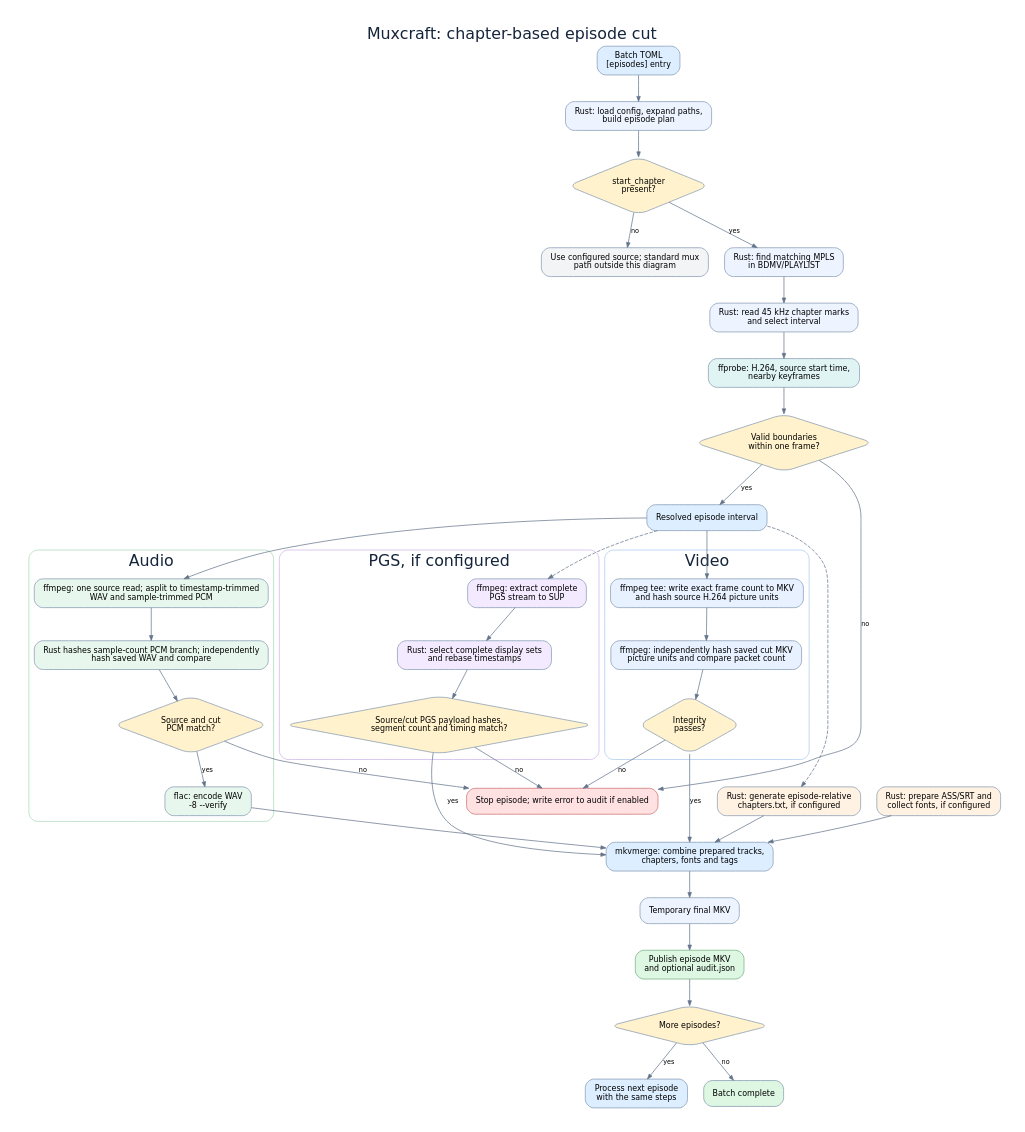
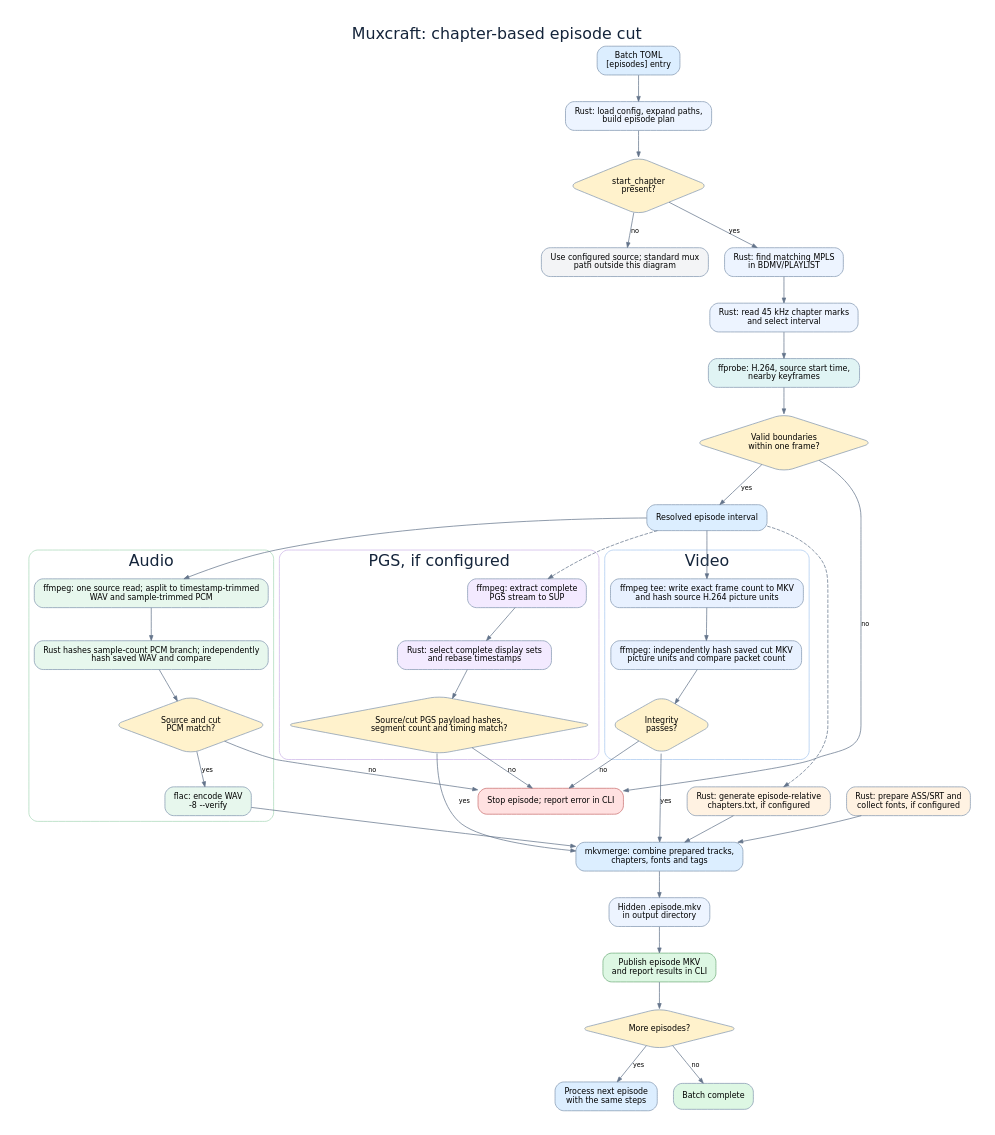
Before and after one commit to IncYami/muxcraft: the diagram in docs/chapter-cut-flow.dot, drawn with Graphviz. The commit also changed 20 other files, not shown here.

Commit message:
Report mux activity in CLI without audit files

```diff
--- a/docs/chapter-cut-flow.dot
+++ b/docs/chapter-cut-flow.dot
@@ -1,71 +1,71 @@
 digraph ChapterCutFlow {
   graph [rankdir=TB, bgcolor="white", pad="0.35", nodesep="0.3", ranksep="0.48", fontname="DejaVu Sans", label="Muxcraft: chapter-based episode cut", labelloc=t, fontsize=22, fontcolor="#14243a"];
   node [shape=box, style="rounded,filled", fillcolor="#edf4ff", color="#8297b0", fontname="DejaVu Sans", fontsize=11, margin="0.17,0.11"];
   edge [color="#64748b", arrowsize=0.7, fontname="DejaVu Sans", fontsize=9];
 
   toml [label="Batch TOML\n[episodes] entry", fillcolor="#dceeff"];
   plan [label="Rust: load config, expand paths,\nbuild episode plan"];
   cut [shape=diamond, label="start_chapter\npresent?", fillcolor="#fff2cc"];
   no_cut [label="Use configured source; standard mux\npath outside this diagram", fillcolor="#f3f4f6"];
   discover [label="Rust: find matching MPLS\nin BDMV/PLAYLIST"];
   marks [label="Rust: read 45 kHz chapter marks\nand select interval"];
   probe [label="ffprobe: H.264, source start time,\nnearby keyframes", fillcolor="#e0f4f4"];
   bounds [shape=diamond, label="Valid boundaries\nwithin one frame?", fillcolor="#fff2cc"];
   interval [label="Resolved episode interval", fillcolor="#dceeff"];
-  error [label="Stop episode; write error to audit if enabled", fillcolor="#ffe1e1", color="#c76d6d"];
+  error [label="Stop episode; report error in CLI", fillcolor="#ffe1e1", color="#c76d6d"];
 
   subgraph cluster_video {
     label="Video"; color="#a8c8ef"; style="rounded"; fontname="DejaVu Sans";
     video [label="ffmpeg tee: write exact frame count to MKV\nand hash source H.264 picture units", fillcolor="#e8f1ff"];
     video_hash [label="ffmpeg: independently hash saved cut MKV\npicture units and compare packet count", fillcolor="#e8f1ff"];
     video_ok [shape=diamond, label="Integrity\npasses?", fillcolor="#fff2cc"];
     video -> video_hash -> video_ok;
   }
   subgraph cluster_audio {
     label="Audio"; color="#a9d8b8"; style="rounded"; fontname="DejaVu Sans";
     audio [label="ffmpeg: one source read; asplit to timestamp-trimmed\nWAV and sample-trimmed PCM", fillcolor="#e7f7ed"];
     audio_hash [label="Rust hashes sample-count PCM branch; independently\nhash saved WAV and compare", fillcolor="#e7f7ed"];
     audio_ok [shape=diamond, label="Source and cut\nPCM match?", fillcolor="#fff2cc"];
     flac [label="flac: encode WAV\n-8 --verify", fillcolor="#e7f7ed"];
     audio -> audio_hash -> audio_ok;
     audio_ok -> flac [label="yes"];
   }
   subgraph cluster_pgs {
     label="PGS, if configured"; color="#ccb4e8"; style="rounded"; fontname="DejaVu Sans";
     pgs [label="ffmpeg: extract complete\nPGS stream to SUP", fillcolor="#f3eaff"];
     pgs_cut [label="Rust: select complete display sets\nand rebase timestamps", fillcolor="#f3eaff"];
     pgs_hash [shape=diamond, label="Source/cut PGS payload hashes,\nsegment count and timing match?", fillcolor="#fff2cc"];
     pgs -> pgs_cut -> pgs_hash;
   }
   chapter [label="Rust: generate episode-relative\nchapters.txt, if configured", fillcolor="#fff2e2"];
   text [label="Rust: prepare ASS/SRT and\ncollect fonts, if configured", fillcolor="#fff2e2"];
   mux [label="mkvmerge: combine prepared tracks,\nchapters, fonts and tags", fillcolor="#dceeff"];
-  partial [label="Temporary final MKV"];
-  output [label="Publish episode MKV\nand optional audit.json", fillcolor="#ddf7e3", color="#72ad7d"];
+  partial [label="Hidden .episode.mkv\nin output directory"];
+  output [label="Publish episode MKV\nand report results in CLI", fillcolor="#ddf7e3", color="#72ad7d"];
   next [shape=diamond, label="More episodes?", fillcolor="#fff2cc"];
   repeat [label="Process next episode\nwith the same steps", fillcolor="#dceeff"];
   done [label="Batch complete", fillcolor="#ddf7e3"];
 
   toml -> plan -> cut;
   cut -> no_cut [label="no"];
   cut -> discover [label="yes"];
   discover -> marks -> probe -> bounds;
   bounds -> error [label="no"];
   bounds -> interval [label="yes"];
   interval -> video;
   interval -> audio;
   interval -> pgs [style=dashed];
   interval -> chapter [style=dashed];
   video_ok -> error [label="no"];
   audio_ok -> error [label="no"];
   video_ok -> mux [label="yes"];
   flac -> mux;
   pgs_hash -> error [label="no"];
   pgs_hash -> mux [label="yes"];
   chapter -> mux;
   text -> mux;
   mux -> partial -> output;
   output -> next;
   next -> done [label="no"];
   next -> repeat [label="yes"];
 }
```
